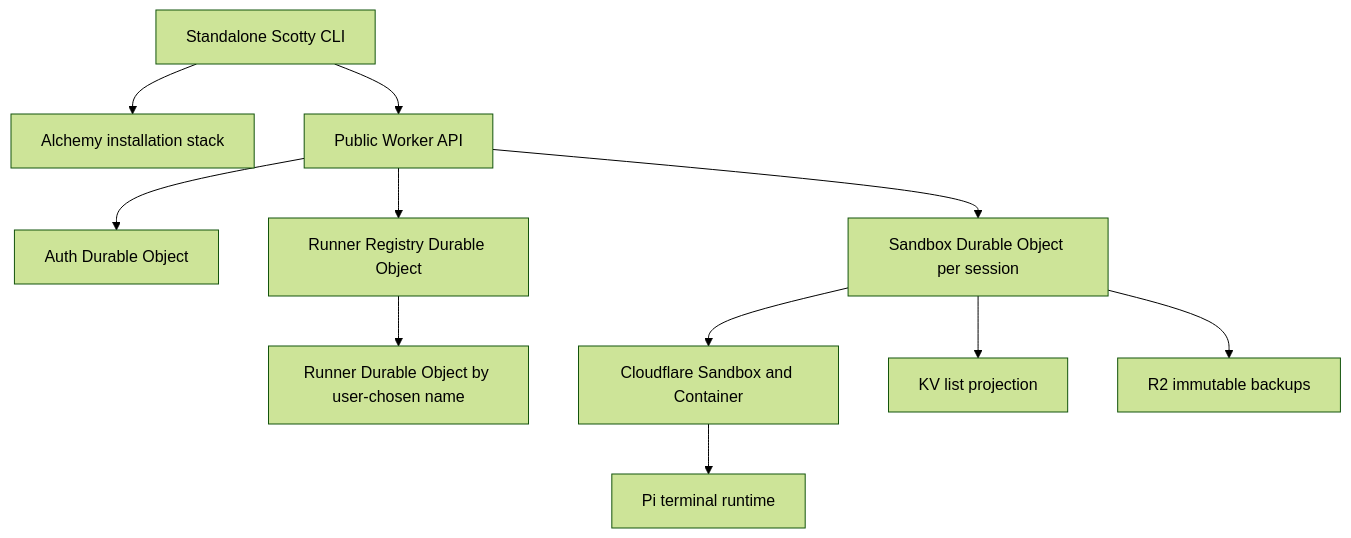
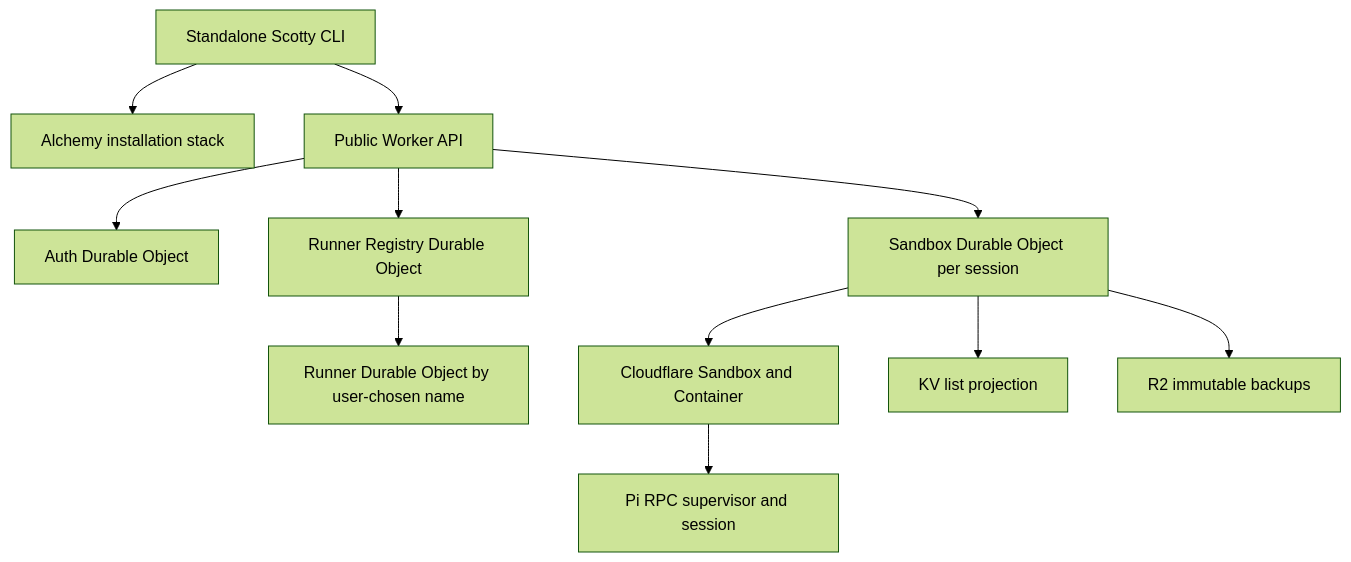
Before and after one commit to Yeshwanthyk/scotty: the diagram in IMPLEMENTATION_DAG.md, drawn with Mermaid (forest theme). The commit also changed other lines of this file and 34 other files, not shown here.

````diff
--- a/IMPLEMENTATION_DAG.md
+++ b/IMPLEMENTATION_DAG.md
@@ -9,13 +9,13 @@
 ```mermaid
 flowchart TD
     CLI["Standalone Scotty CLI"] --> AL["Alchemy installation stack"]
     CLI --> API["Public Worker API"]
     API --> AUTH["Auth Durable Object"]
     API --> SESSION["Sandbox Durable Object per session"]
     API --> REGISTRY["Runner Registry Durable Object"]
     REGISTRY --> RUNNER["Runner Durable Object by user-chosen name"]
     SESSION --> CF["Cloudflare Sandbox and Container"]
     SESSION --> KV["KV list projection"]
     SESSION --> R2["R2 immutable backups"]
-    CF --> PI["Pi terminal runtime"]
+    CF --> PI["Pi RPC supervisor and session"]
 ```
````
